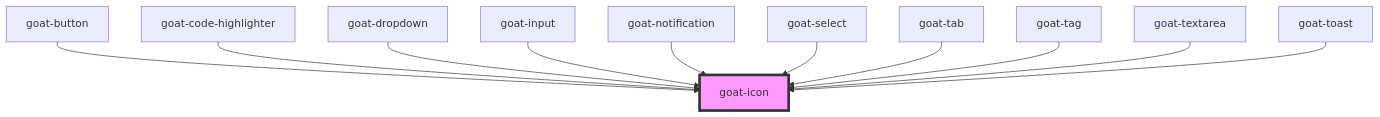
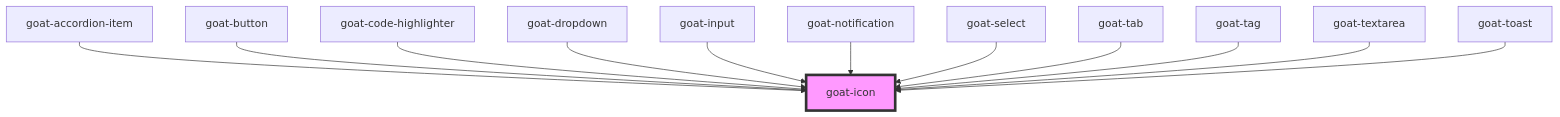
Before and after one commit to goatui/components: the diagram in src/components/content/icon/readme.md, drawn with Mermaid. The commit also changed other lines of this file and 36 other files, not shown here.

````diff
--- a/src/components/content/icon/readme.md
+++ b/src/components/content/icon/readme.md
@@ -32,14 +33,15 @@
 ```mermaid
 graph TD;
+  goat-accordion-item --> goat-icon
   goat-button --> goat-icon
   goat-code-highlighter --> goat-icon
   goat-dropdown --> goat-icon
   goat-input --> goat-icon
   goat-notification --> goat-icon
   goat-select --> goat-icon
   goat-tab --> goat-icon
   goat-tag --> goat-icon
   goat-textarea --> goat-icon
   goat-toast --> goat-icon
   style goat-icon fill:#f9f,stroke:#333,stroke-width:4px
 ```
````
